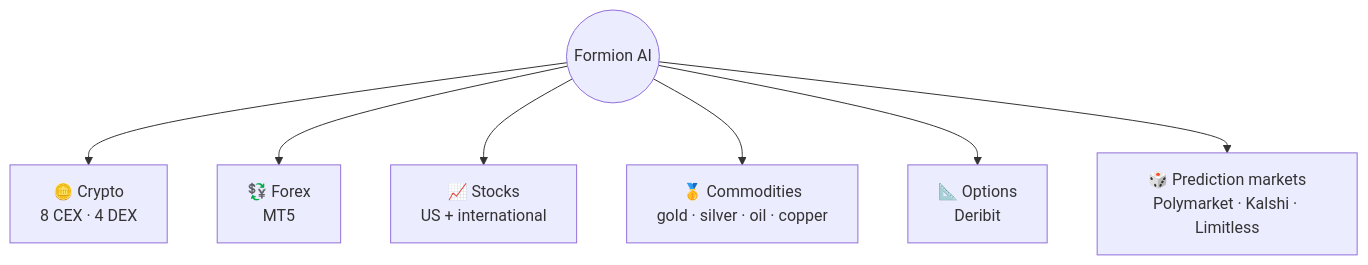
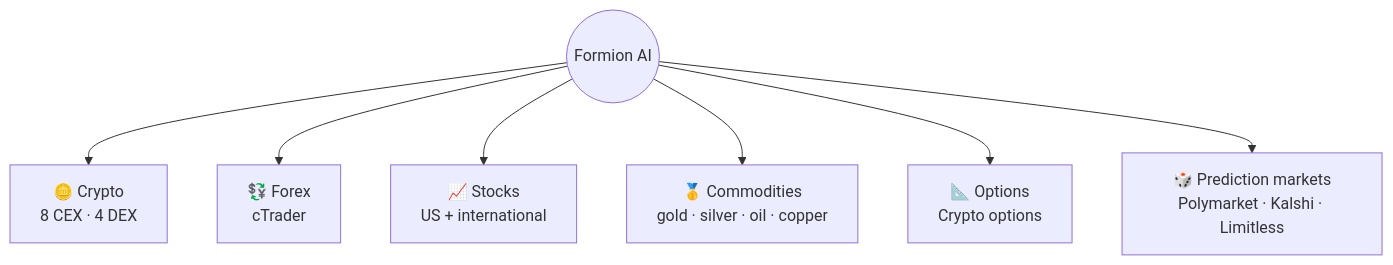
The diagram in markets.md (formionai/docs), drawn with Mermaid before and after one commit. The commit also changed other lines of this file and 37 other files, not shown here.

````diff
--- a/markets.md
+++ b/markets.md
@@ -7,9 +7,9 @@
 ```mermaid
 flowchart TD
   F(("Formion AI")) --> C["🪙 Crypto<br/>8 CEX · 4 DEX"]
-  F --> X["💱 Forex<br/>MT5"]
+  F --> X["💱 Forex<br/>cTrader"]
   F --> S["📈 Stocks<br/>US + international"]
   F --> M["🥇 Commodities<br/>gold · silver · oil · copper"]
-  F --> O["📐 Options<br/>Deribit"]
+  F --> O["📐 Options<br/>Crypto options"]
   F --> P["🎲 Prediction markets<br/>Polymarket · Kalshi · Limitless"]
 ```
````
